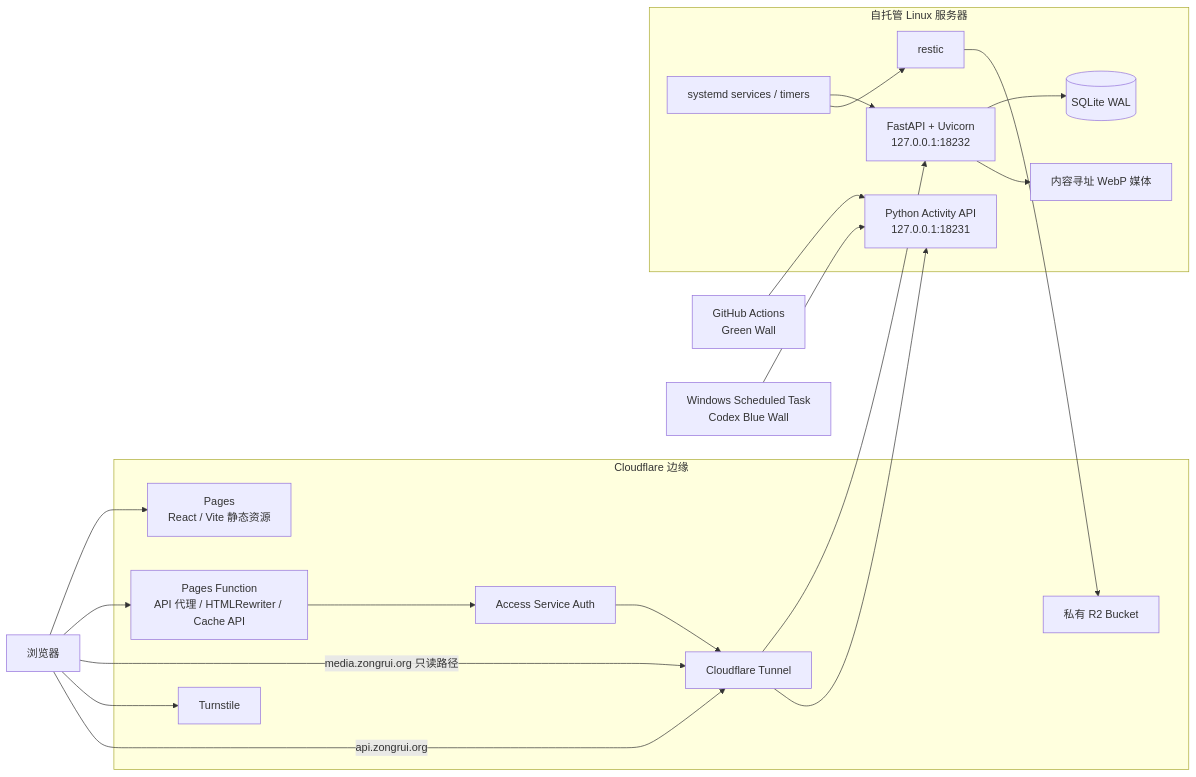
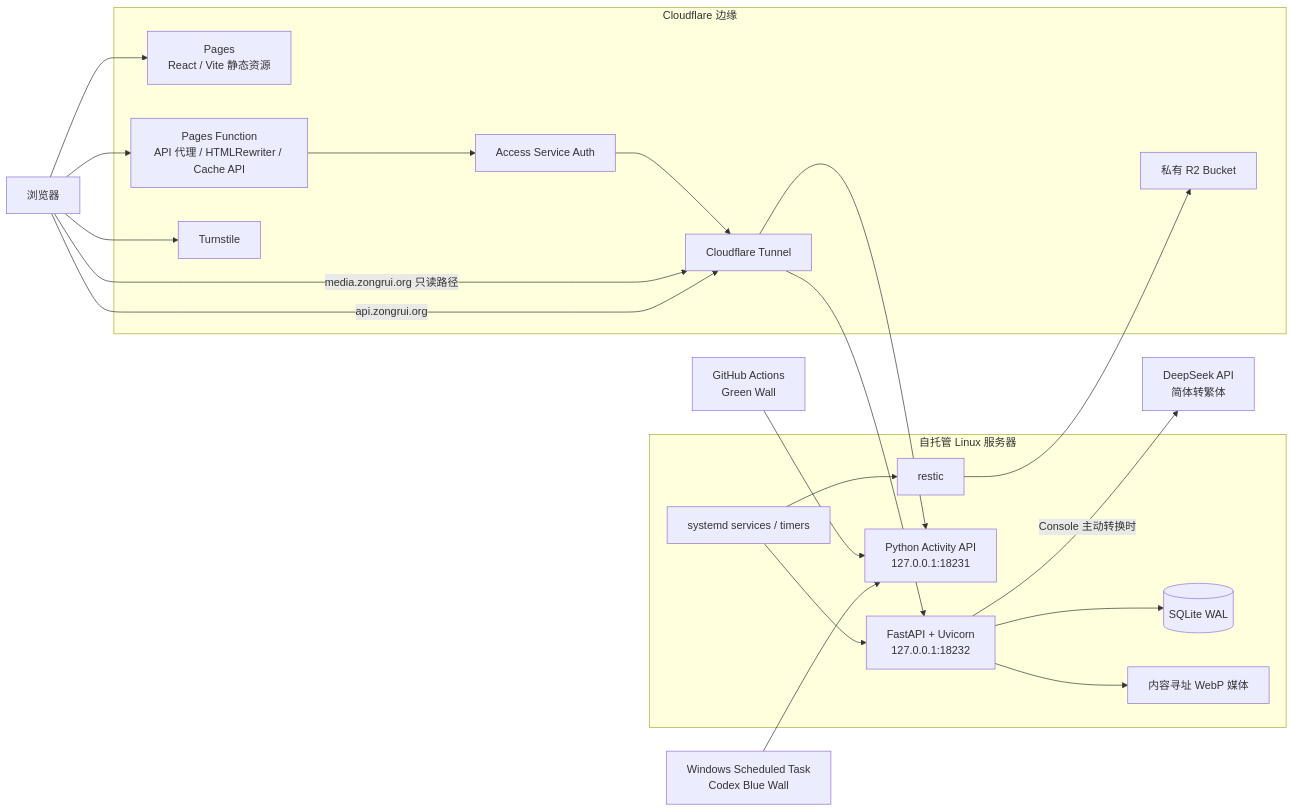
The diagram in README.md (ZONGRUICHD/zongrui.org), drawn with Mermaid before and after one commit. The commit also changed other lines of this file and 28 other files, not shown here.

````diff
--- a/README.md
+++ b/README.md
@@ -11,38 +11,40 @@
 ```mermaid
 flowchart LR
     U["浏览器"]
 
     subgraph CF["Cloudflare 边缘"]
         P["Pages<br/>React / Vite 静态资源"]
         F["Pages Function<br/>API 代理 / HTMLRewriter / Cache API"]
         A["Access Service Auth"]
         T["Cloudflare Tunnel"]
         TS["Turnstile"]
         R2["私有 R2 Bucket"]
     end
 
     subgraph HOME["自托管 Linux 服务器"]
         API["FastAPI + Uvicorn<br/>127.0.0.1:18232"]
         DB[("SQLite WAL")]
         MEDIA["内容寻址 WebP 媒体"]
         WALL["Python Activity API<br/>127.0.0.1:18231"]
         TIMER["systemd services / timers"]
         RESTIC["restic"]
     end
 
     GH["GitHub Actions<br/>Green Wall"]
     WIN["Windows Scheduled Task<br/>Codex Blue Wall"]
+    DS["DeepSeek API<br/>简体转繁体"]
 
     U --> P
     U --> F
     F --> A --> T --> API
     U -->|"media.zongrui.org 只读路径"| T
     U --> TS
     API --> DB
     API --> MEDIA
     TIMER --> API
     TIMER --> RESTIC --> R2
     U -->|"api.zongrui.org"| T --> WALL
     GH --> WALL
     WIN --> WALL
+    API -->|"Console 主动转换时"| DS
 ```
````
